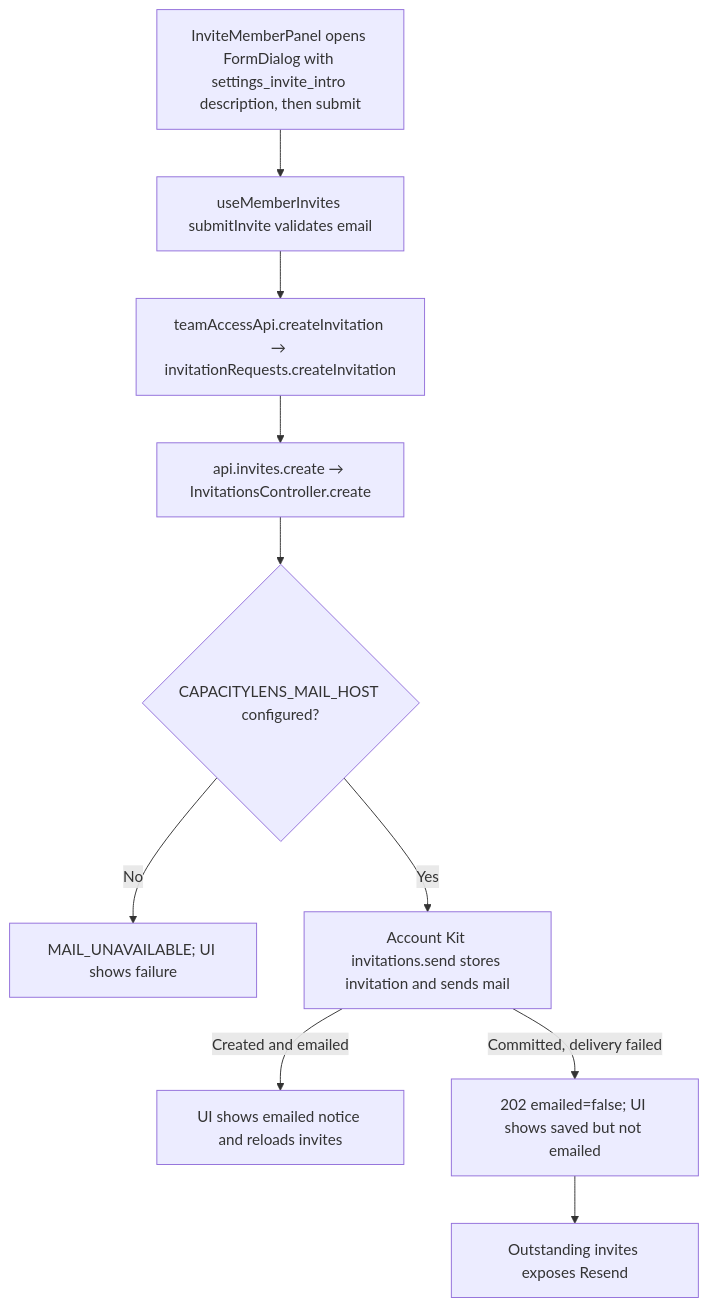
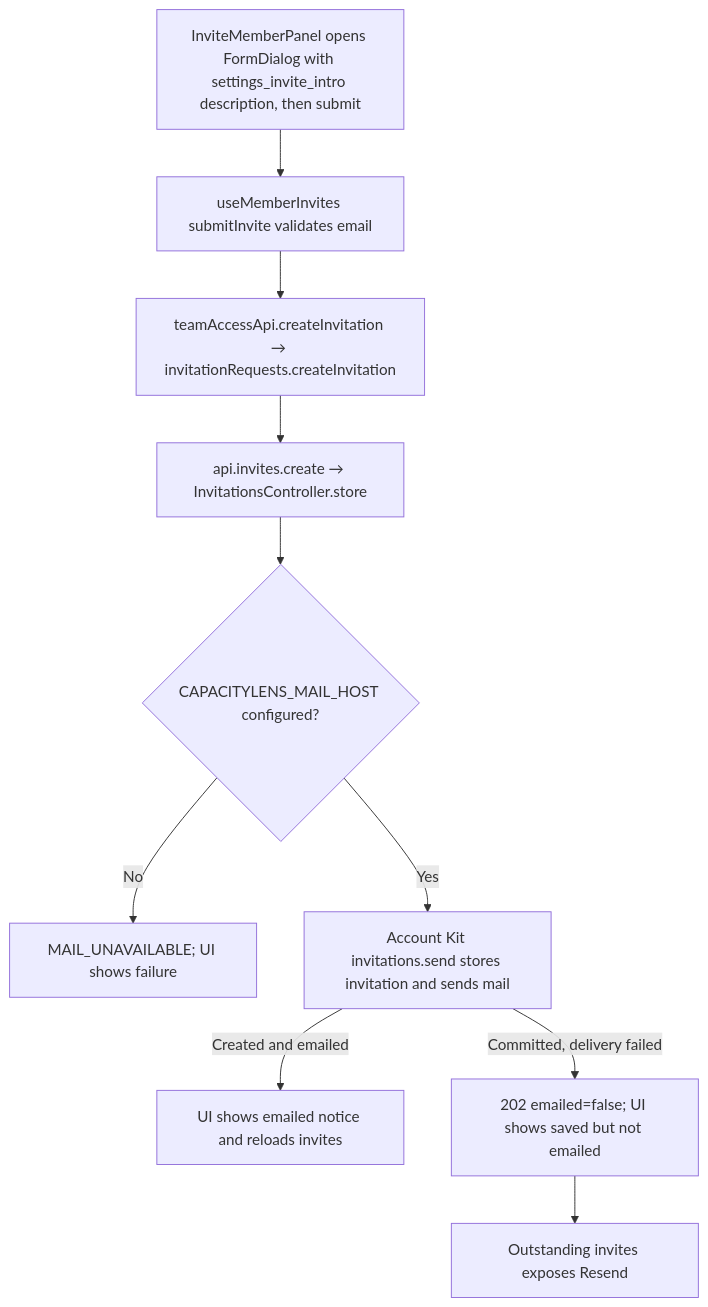
The second of 2 diagrams in user-stories/team/US-TEAM-02-invite-member.md (Kevinjohn/capacitylens), drawn with Mermaid before and after one commit. The commit also changed 139 other files, not shown here.

````diff
--- a/user-stories/team/US-TEAM-02-invite-member.md
+++ b/user-stories/team/US-TEAM-02-invite-member.md
@@ -38,12 +38,12 @@
 ```mermaid
 flowchart TD
     Panel["InviteMemberPanel opens FormDialog with settings_invite_intro description, then submit"] --> Hook["useMemberInvites submitInvite validates email"]
     Hook --> Client["teamAccessApi.createInvitation → invitationRequests.createInvitation"]
-    Client --> Route["api.invites.create → InvitationsController.create"]
+    Client --> Route["api.invites.create → InvitationsController.store"]
     Route --> MailConfig{"CAPACITYLENS_MAIL_HOST configured?"}
     MailConfig -- "No" --> Refused["MAIL_UNAVAILABLE; UI shows failure"]
     MailConfig -- "Yes" --> Kit["Account Kit invitations.send stores invitation and sends mail"]
     Kit -->|"Created and emailed"| Saved["UI shows emailed notice and reloads invites"]
     Kit -->|"Committed, delivery failed"| Stored["202 emailed=false; UI shows saved but not emailed"]
     Stored --> Resend["Outstanding invites exposes Resend"]
 ```
````
